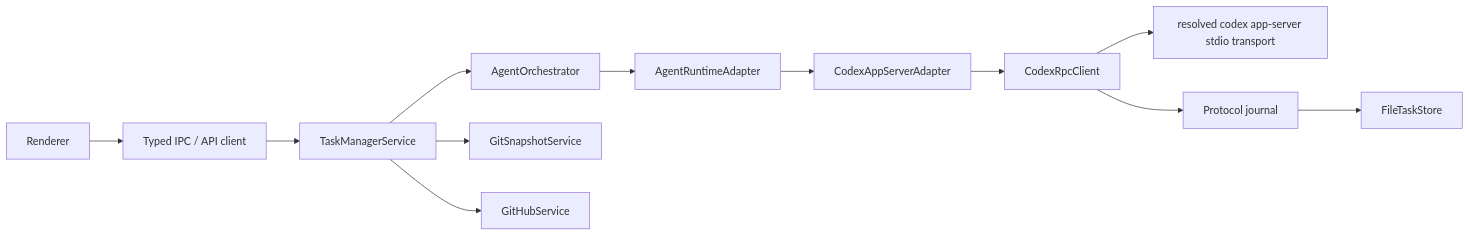
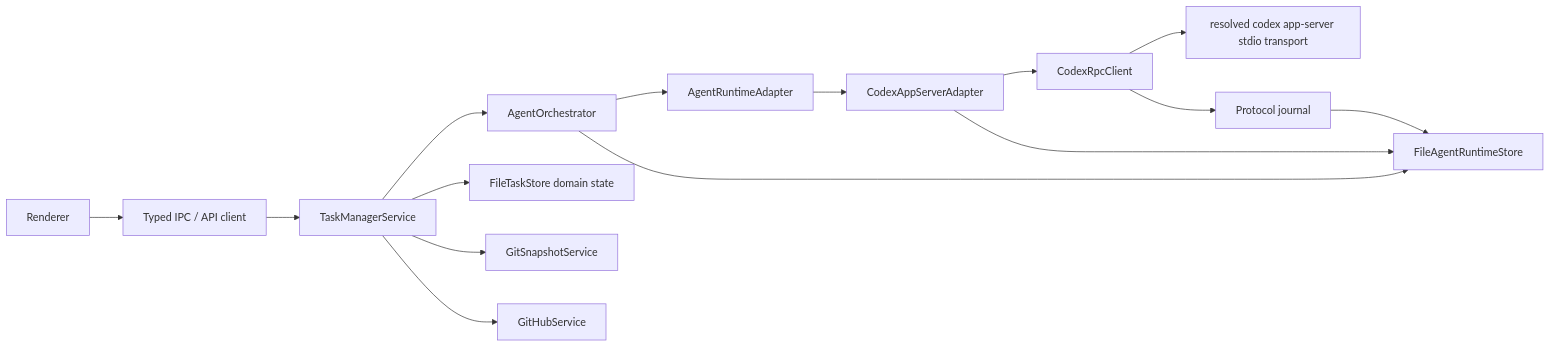
The diagram in docs/APP_SERVER_ARCHITECTURE.md (RojhatToptamus/task-monki), drawn with Mermaid before and after one commit. The commit also changed other lines of this file and 235 other files, not shown here.

````diff
--- a/docs/APP_SERVER_ARCHITECTURE.md
+++ b/docs/APP_SERVER_ARCHITECTURE.md
@@ -33,14 +33,17 @@
 ```mermaid
 flowchart LR
   UI["Renderer"] --> IPC["Typed IPC / API client"]
   IPC --> Service["TaskManagerService"]
   Service --> Orchestrator["AgentOrchestrator"]
   Orchestrator --> Adapter["AgentRuntimeAdapter"]
   Adapter --> Codex["CodexAppServerAdapter"]
   Codex --> RPC["CodexRpcClient"]
   RPC --> Server["resolved codex app-server stdio transport"]
   RPC --> Journal["Protocol journal"]
-  Journal --> Store["FileTaskStore"]
+  Orchestrator --> RuntimeStore["FileAgentRuntimeStore"]
+  Codex --> RuntimeStore
+  Journal --> RuntimeStore
+  Service --> TaskStore["FileTaskStore domain state"]
   Service --> Git["GitSnapshotService"]
   Service --> GitHub["GitHubService"]
 ```
````
